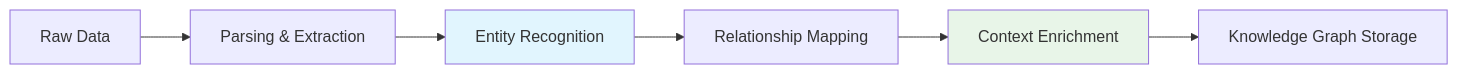
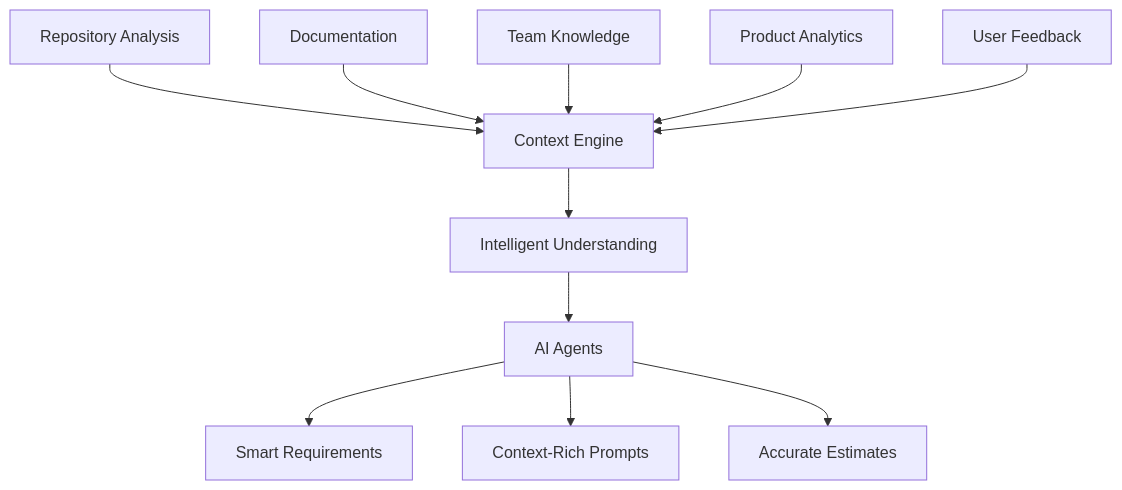
One commit to devplaninc/docs changed the second of 5 diagrams in docs/architecture.md. Above: the diagram before and after it, drawn with Mermaid. The commit also changed other lines of this file and 7 other files, not shown here.

````diff
--- a/docs/architecture.md
+++ b/docs/architecture.md
@@ -116,11 +73,15 @@
 ```mermaid
-graph LR
-    A[Raw Data] --> B[Parsing & Extraction]
-    B --> C[Entity Recognition]
-    C --> D[Relationship Mapping]
-    D --> E[Context Enrichment]
-    E --> F[Knowledge Graph Storage]
+graph TD
+    A[Repository Analysis] --> D[Context Engine]
+    B[Documentation] --> D
+    C[Team Knowledge] --> D
+    E[Product Analytics] --> D
+    F[User Feedback] --> D
 
-    style C fill:#e1f5fe
-    style E fill:#e8f5e8
+    D --> G[Intelligent Understanding]
+    G --> H[AI Agents]
+
+    H --> I[Smart Requirements]
+    H --> J[Context-Rich Prompts]
+    H --> K[Accurate Estimates]
 ```
````
